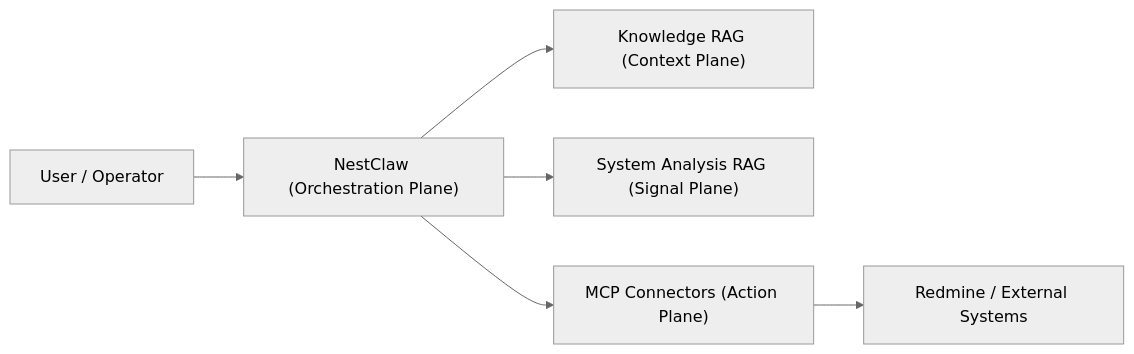
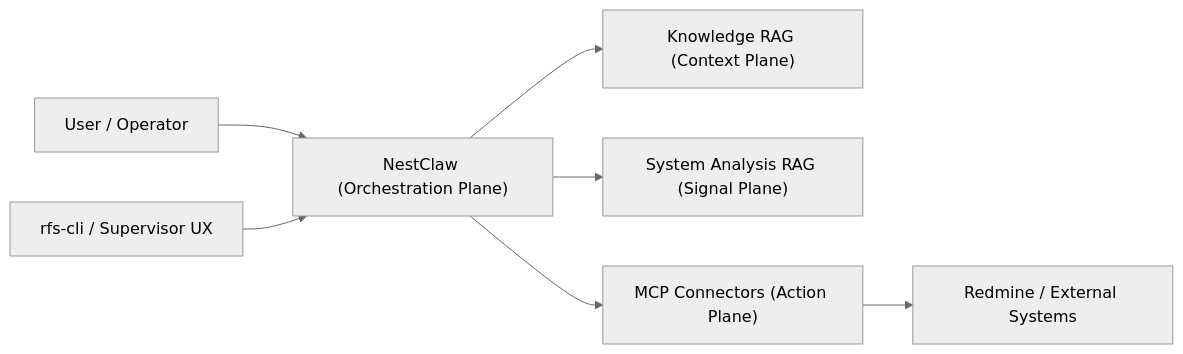
One commit to redsunjin/NestClaw changed the diagram in IDEATION_ONEPAGER.md. Above: the diagram before and after it, drawn with Mermaid (neutral theme). The commit also changed other lines of this file and 17 other files, not shown here.

````diff
--- a/IDEATION_ONEPAGER.md
+++ b/IDEATION_ONEPAGER.md
@@ -8,8 +8,9 @@
 ```mermaid
 flowchart LR
     U["User / Operator"] --> N["NestClaw (Orchestration Plane)"]
+    RFS["rfs-cli / Supervisor UX"] --> N
     N --> K["Knowledge RAG (Context Plane)"]
     N --> S["System Analysis RAG (Signal Plane)"]
     N --> M["MCP Connectors (Action Plane)"]
     M --> R["Redmine / External Systems"]
 ```
````
